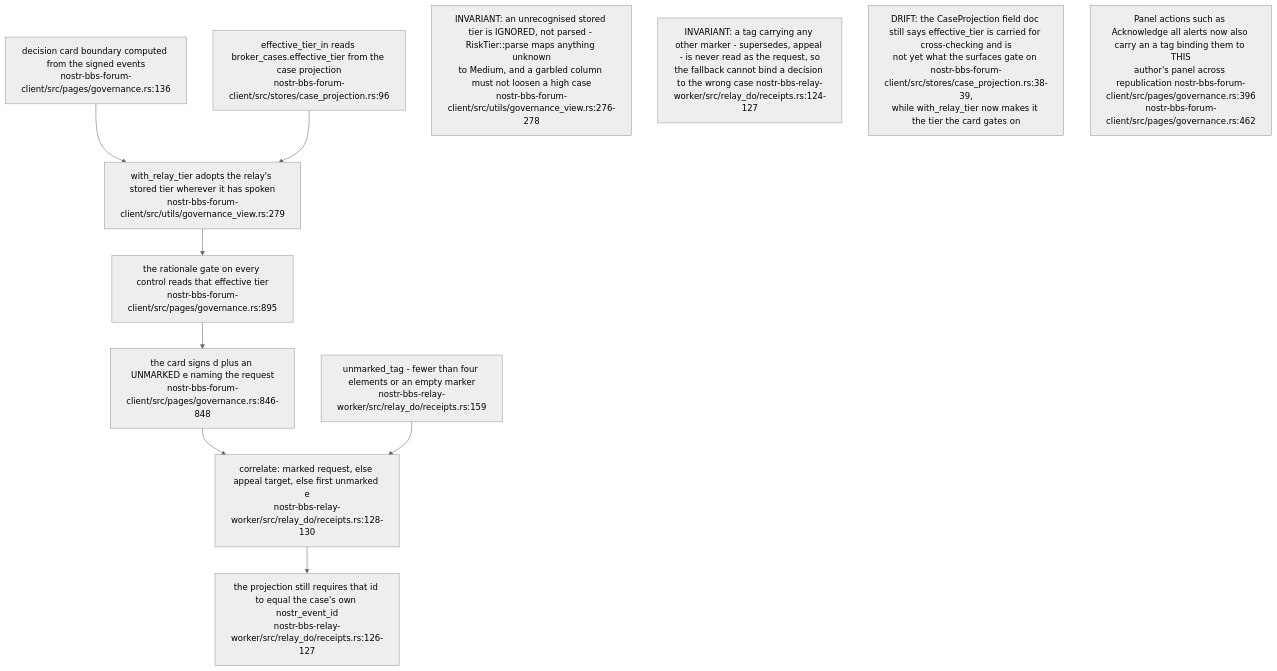
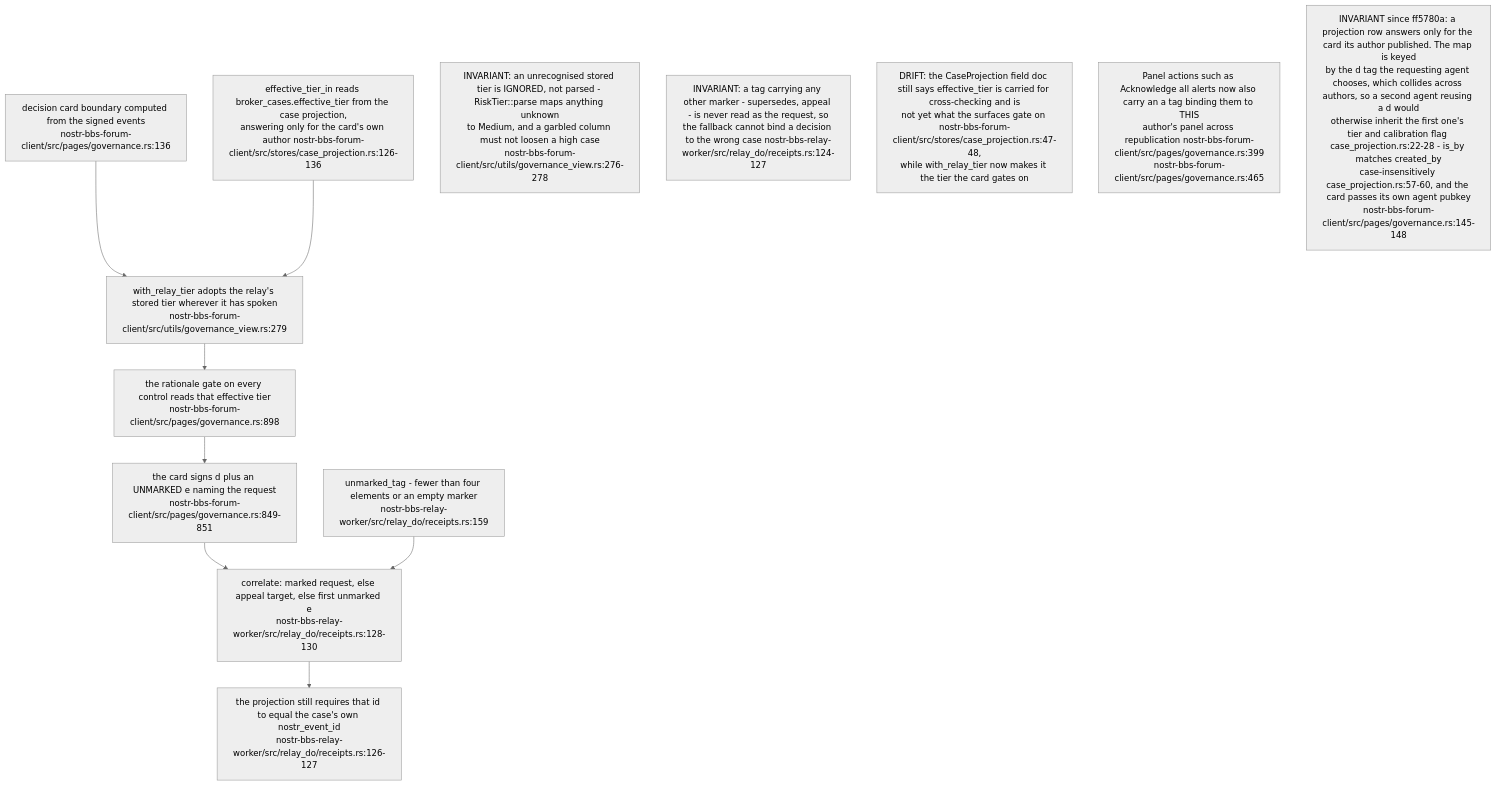
Diagram 15 of 16 in docs/diagrams/nostr-rust-forum/06-agent-control-surface-31400-31405.md (DreamLab-AI/VisionFlow), drawn with Mermaid (neutral theme) before and after one commit. The commit also changed other lines of this file and 31 other files, not shown here.

````diff
--- a/docs/diagrams/nostr-rust-forum/06-agent-control-surface-31400-31405.md
+++ b/docs/diagrams/nostr-rust-forum/06-agent-control-surface-31400-31405.md
@@ -411,20 +412,21 @@
 ```mermaid
 flowchart TB
     CARD["decision card boundary computed from the signed events<br/>nostr-bbs-forum-client/src/pages/governance.rs:136"]
-    TIERIN["effective_tier_in reads broker_cases.effective_tier from the case projection<br/>nostr-bbs-forum-client/src/stores/case_projection.rs:96"]
+    TIERIN["effective_tier_in reads broker_cases.effective_tier from the case projection,<br/>answering only for the card's own author nostr-bbs-forum-client/src/stores/case_projection.rs:126-136"]
     WITH["with_relay_tier adopts the relay's stored tier wherever it has spoken<br/>nostr-bbs-forum-client/src/utils/governance_view.rs:279"]
-    GATE["the rationale gate on every control reads that effective tier<br/>nostr-bbs-forum-client/src/pages/governance.rs:895"]
-    PUB["the card signs d plus an UNMARKED e naming the request<br/>nostr-bbs-forum-client/src/pages/governance.rs:846-848"]
+    GATE["the rationale gate on every control reads that effective tier<br/>nostr-bbs-forum-client/src/pages/governance.rs:898"]
+    PUB["the card signs d plus an UNMARKED e naming the request<br/>nostr-bbs-forum-client/src/pages/governance.rs:849-851"]
     CORR["correlate: marked request, else appeal target, else first unmarked e<br/>nostr-bbs-relay-worker/src/relay_do/receipts.rs:128-130"]
     UNM["unmarked_tag - fewer than four elements or an empty marker<br/>nostr-bbs-relay-worker/src/relay_do/receipts.rs:159"]
     BIND["the projection still requires that id to equal the case's own nostr_event_id<br/>nostr-bbs-relay-worker/src/relay_do/receipts.rs:126-127"]
 
     CARD --> WITH
     TIERIN --> WITH --> GATE --> PUB --> CORR
     UNM --> CORR --> BIND
 
     N1["INVARIANT: an unrecognised stored tier is IGNORED, not parsed - RiskTier::parse maps anything unknown<br/>to Medium, and a garbled column must not loosen a high case<br/>nostr-bbs-forum-client/src/utils/governance_view.rs:276-278"]
     N2["INVARIANT: a tag carrying any other marker - supersedes, appeal - is never read as the request, so<br/>the fallback cannot bind a decision to the wrong case nostr-bbs-relay-worker/src/relay_do/receipts.rs:124-127"]
-    N3["DRIFT: the CaseProjection field doc still says effective_tier is carried for cross-checking and is<br/>not yet what the surfaces gate on nostr-bbs-forum-client/src/stores/case_projection.rs:38-39,<br/>while with_relay_tier now makes it the tier the card gates on"]
-    N4["Panel actions such as Acknowledge all alerts now also carry an a tag binding them to THIS<br/>author's panel across republication nostr-bbs-forum-client/src/pages/governance.rs:396<br/>nostr-bbs-forum-client/src/pages/governance.rs:462"]
+    N3["DRIFT: the CaseProjection field doc still says effective_tier is carried for cross-checking and is<br/>not yet what the surfaces gate on nostr-bbs-forum-client/src/stores/case_projection.rs:47-48,<br/>while with_relay_tier now makes it the tier the card gates on"]
+    N4["Panel actions such as Acknowledge all alerts now also carry an a tag binding them to THIS<br/>author's panel across republication nostr-bbs-forum-client/src/pages/governance.rs:399<br/>nostr-bbs-forum-client/src/pages/governance.rs:465"]
+    N5["INVARIANT since ff5780a: a projection row answers only for the card its author published. The map is keyed<br/>by the d tag the requesting agent chooses, which collides across authors, so a second agent reusing a d would<br/>otherwise inherit the first one's tier and calibration flag case_projection.rs:22-28 - is_by matches created_by<br/>case-insensitively case_projection.rs:57-60, and the card passes its own agent pubkey<br/>nostr-bbs-forum-client/src/pages/governance.rs:145-148"]
 ```
````
